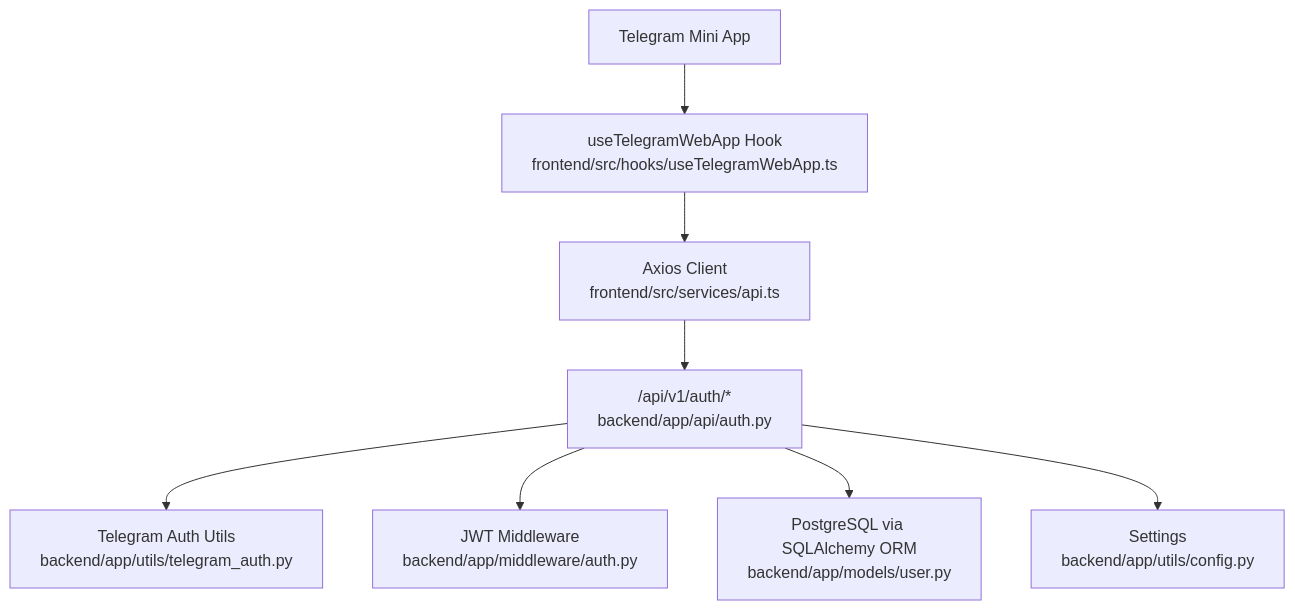
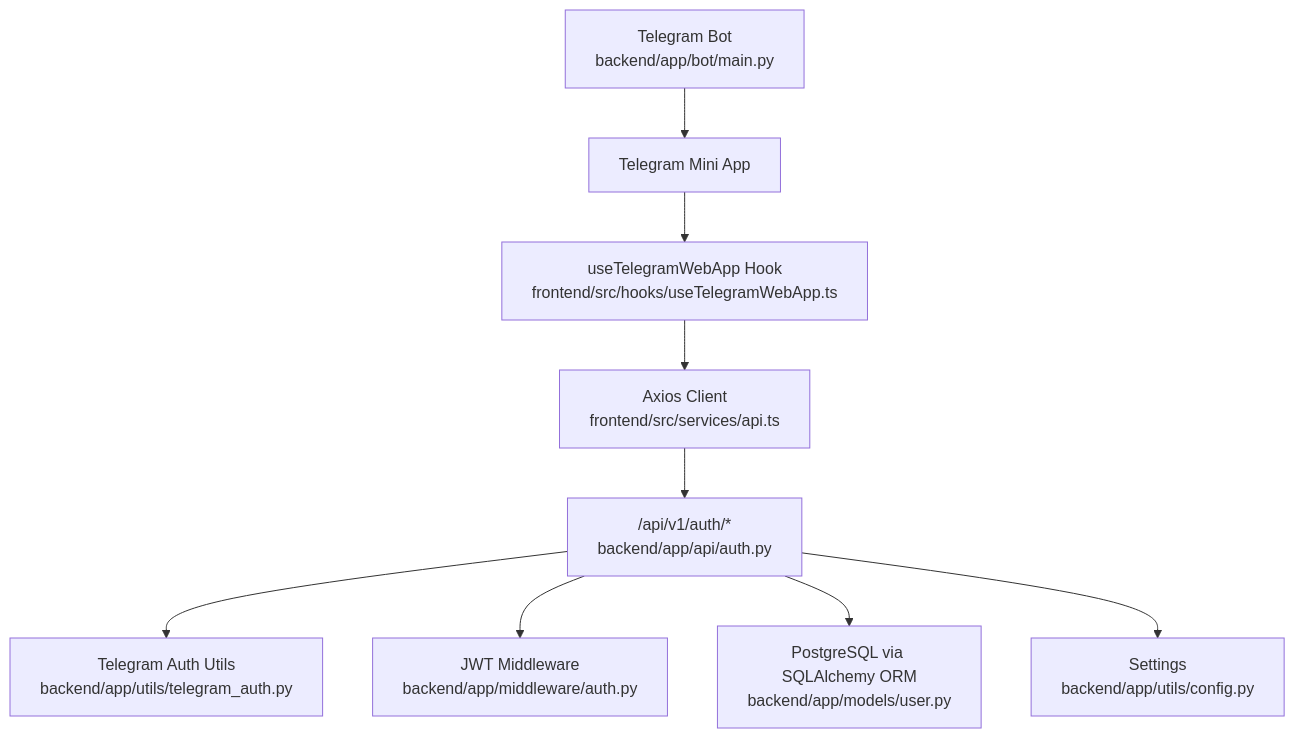
Before and after one commit to nilsnavi/fit_trackerpro: the second of 7 diagrams in .qoder/repowiki/en/content/Architecture & Design/Component Interactions.md, drawn with Mermaid. The commit also changed other lines of this file and 26 other files, not shown here.

````diff
--- a/.qoder/repowiki/en/content/Architecture & Design/Component Interactions.md
+++ b/.qoder/repowiki/en/content/Architecture & Design/Component Interactions.md
@@ -132,18 +167,20 @@
 ```mermaid
 graph TB
 CLIENT["Telegram Mini App"]
 WEBAPP["useTelegramWebApp Hook<br/>frontend/src/hooks/useTelegramWebApp.ts"]
 AXIOS["Axios Client<br/>frontend/src/services/api.ts"]
 API_AUTH["/api/v1/auth/*<br/>backend/app/api/auth.py"]
 UTIL_TG["Telegram Auth Utils<br/>backend/app/utils/telegram_auth.py"]
 MW_JWT["JWT Middleware<br/>backend/app/middleware/auth.py"]
 DB["PostgreSQL via SQLAlchemy ORM<br/>backend/app/models/user.py"]
 CONF["Settings<br/>backend/app/utils/config.py"]
+BOT["Telegram Bot<br/>backend/app/bot/main.py"]
 CLIENT --> WEBAPP
 WEBAPP --> AXIOS
 AXIOS --> API_AUTH
 API_AUTH --> UTIL_TG
 API_AUTH --> MW_JWT
 API_AUTH --> DB
 API_AUTH --> CONF
+BOT --> CLIENT
 ```
````
